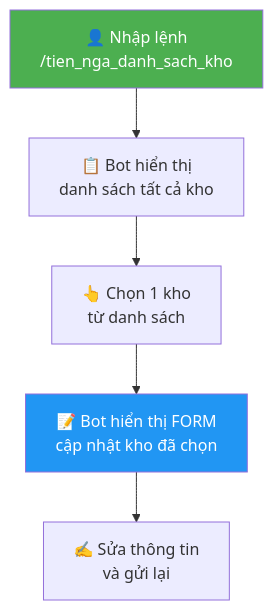
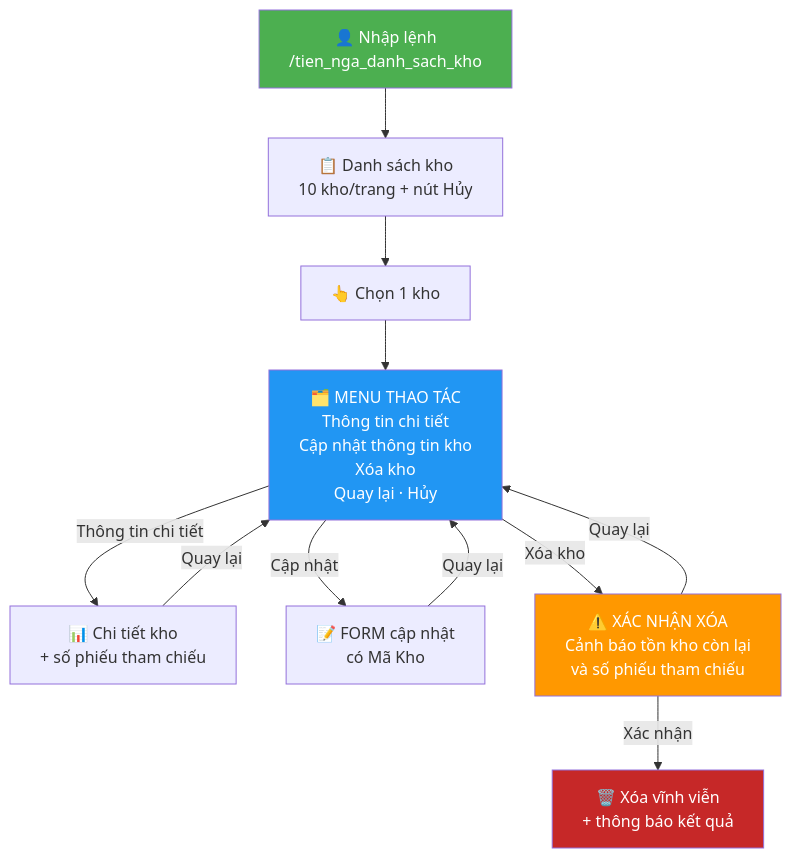
Before and after one commit to danglm/backend_bot: the third of 8 diagrams in inventory_workflow.md, drawn with Mermaid. The commit also changed other lines of this file and 2 other files, not shown here.

````diff
--- a/inventory_workflow.md
+++ b/inventory_workflow.md
@@ -60,10 +68,18 @@
 ```mermaid
 flowchart TD
-    A["👤 Nhập lệnh\n/tien_nga_danh_sach_kho"] --> B["📋 Bot hiển thị\ndanh sách tất cả kho"]
-    B --> C["👆 Chọn 1 kho\ntừ danh sách"]
-    C --> D["📝 Bot hiển thị FORM\ncập nhật kho đã chọn"]
-    D --> E["✍️ Sửa thông tin\nvà gửi lại"]
+    A["👤 Nhập lệnh\n/tien_nga_danh_sach_kho"] --> B["📋 Danh sách kho\n10 kho/trang + nút Hủy"]
+    B --> C["👆 Chọn 1 kho"]
+    C --> D["🗂️ MENU THAO TÁC\nThông tin chi tiết\nCập nhật thông tin kho\nXóa kho\nQuay lại · Hủy"]
+    D -- "Thông tin chi tiết" --> E["📊 Chi tiết kho\n+ số phiếu tham chiếu"]
+    D -- "Cập nhật" --> F["📝 FORM cập nhật\ncó Mã Kho"]
+    D -- "Xóa kho" --> G["⚠️ XÁC NHẬN XÓA\nCảnh báo tồn kho còn lại\nvà số phiếu tham chiếu"]
+    G -- "Xác nhận" --> H["🗑️ Xóa vĩnh viễn\n+ thông báo kết quả"]
+    G -- "Quay lại" --> D
+    E -- "Quay lại" --> D
+    F -- "Quay lại" --> D
 
     style A fill:#4CAF50,color:#fff
     style D fill:#2196F3,color:#fff
+    style G fill:#FF9800,color:#fff
+    style H fill:#C62828,color:#fff
 ```
````
